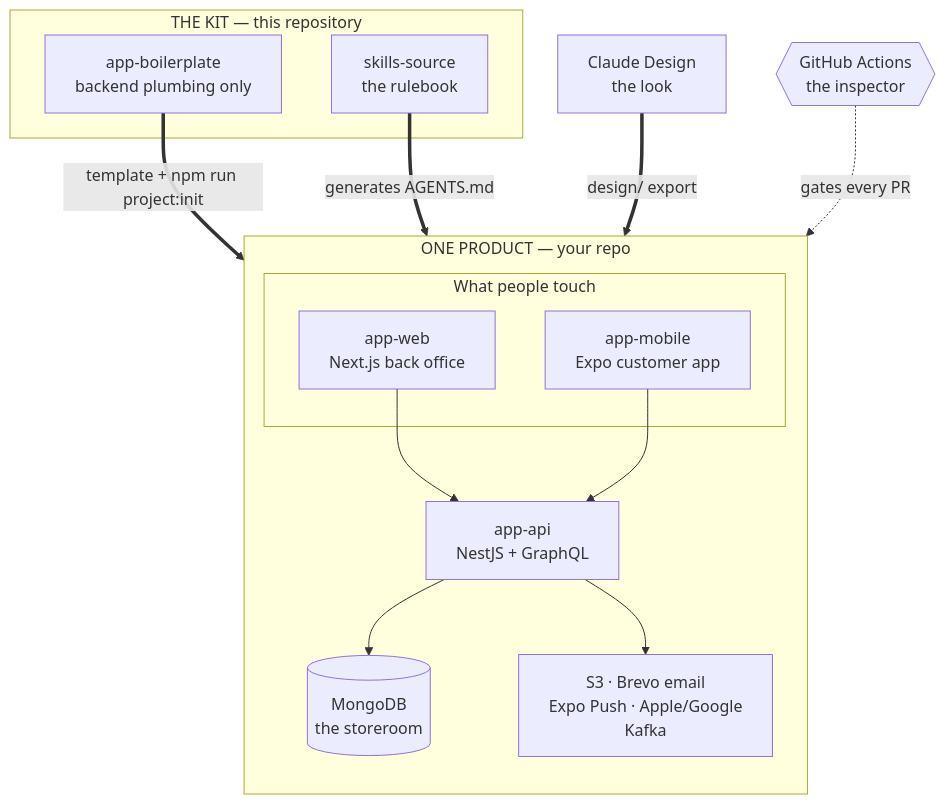
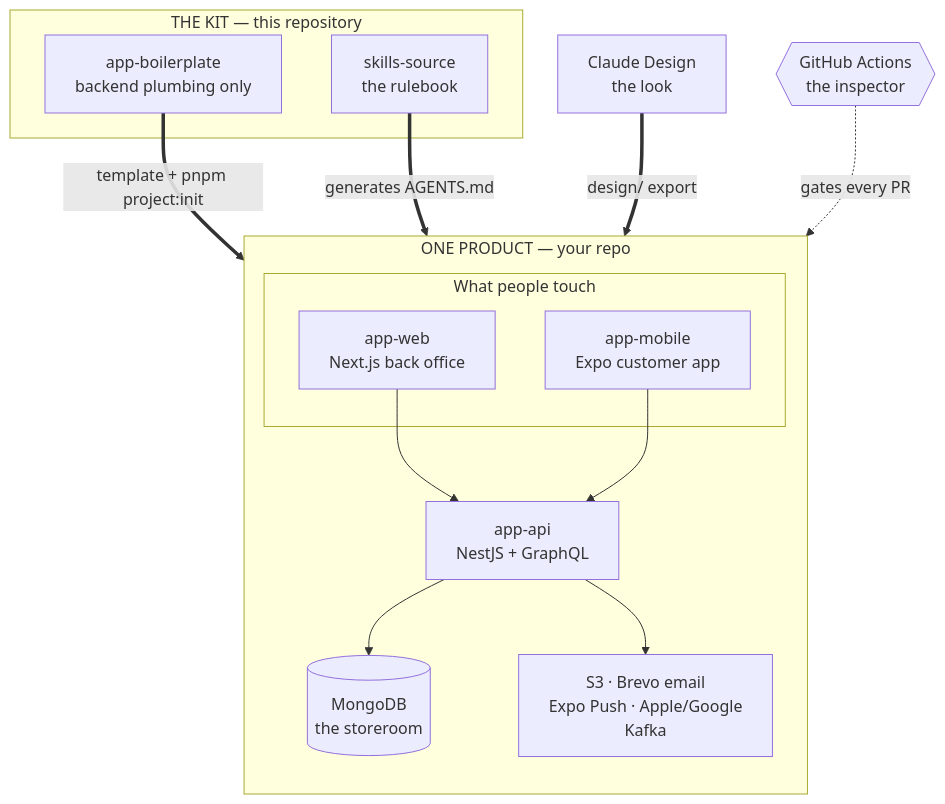
The first of 14 diagrams in docs/how-app-boilerplate-works.md (jade-kenneth/ai-media-creator), drawn with Mermaid before and after one commit. The commit also changed other lines of this file and 52 other files, not shown here.

````diff
--- a/docs/how-app-boilerplate-works.md
+++ b/docs/how-app-boilerplate-works.md
@@ -49,31 +49,31 @@
 ```mermaid
 flowchart TB
   subgraph KIT["THE KIT — this repository"]
     BP["app-boilerplate<br/>backend plumbing only"]
     SS["skills-source<br/>the rulebook"]
   end
 
   subgraph BRANCH["ONE PRODUCT — your repo"]
     direction TB
     subgraph CLIENTS["What people touch"]
       WEB["app-web<br/>Next.js back office"]
       MOB["app-mobile<br/>Expo customer app"]
     end
     API["app-api<br/>NestJS + GraphQL"]
     DB[("MongoDB<br/>the storeroom")]
     EXT["S3 · Brevo email<br/>Expo Push · Apple/Google<br/>Kafka"]
   end
 
   DESIGN["Claude Design<br/>the look"]
 
-  BP ==>|"template + npm run project:init"| BRANCH
+  BP ==>|"template + pnpm project:init"| BRANCH
   SS ==>|"generates AGENTS.md"| BRANCH
   DESIGN ==>|"design/ export"| BRANCH
 
   WEB --> API
   MOB --> API
   API --> DB
   API --> EXT
 
   CI{{"GitHub Actions<br/>the inspector"}} -.->|"gates every PR"| BRANCH
 ```
````
